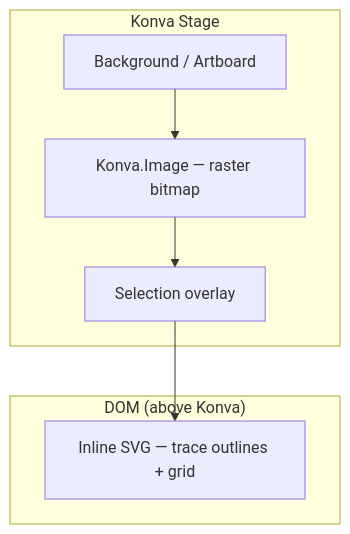
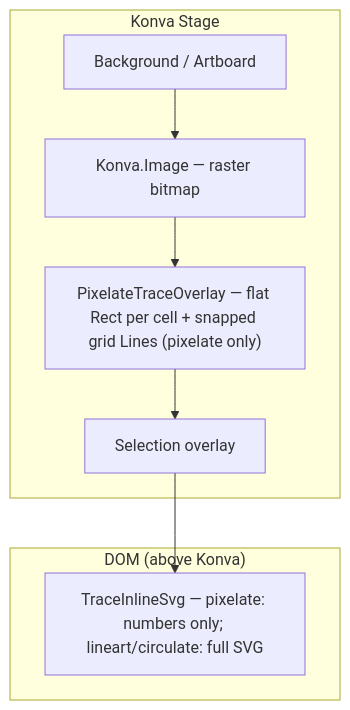
The fifth of 5 diagrams in docs/domains/image-editor.md (grufio/app), drawn with Mermaid before and after one commit. The commit also changed other lines of this file and 1 other file, not shown here.

````diff
--- a/docs/domains/image-editor.md
+++ b/docs/domains/image-editor.md
@@ -469,14 +499,16 @@
 ```mermaid
 flowchart TB
   subgraph Stage["Konva Stage"]
     Bg["Background / Artboard"]
     Img["Konva.Image — raster bitmap"]
+    Cells["PixelateTraceOverlay — flat Rect per cell + snapped grid Lines (pixelate only)"]
     Sel["Selection overlay"]
   end
   subgraph DOM["DOM (above Konva)"]
-    Svg["Inline SVG — trace outlines + grid"]
+    Svg["TraceInlineSvg — pixelate: numbers only; lineart/circulate: full SVG"]
   end
   Bg --> Img
-  Img --> Sel
+  Img --> Cells
+  Cells --> Sel
   Sel --> Svg
 ```
````
